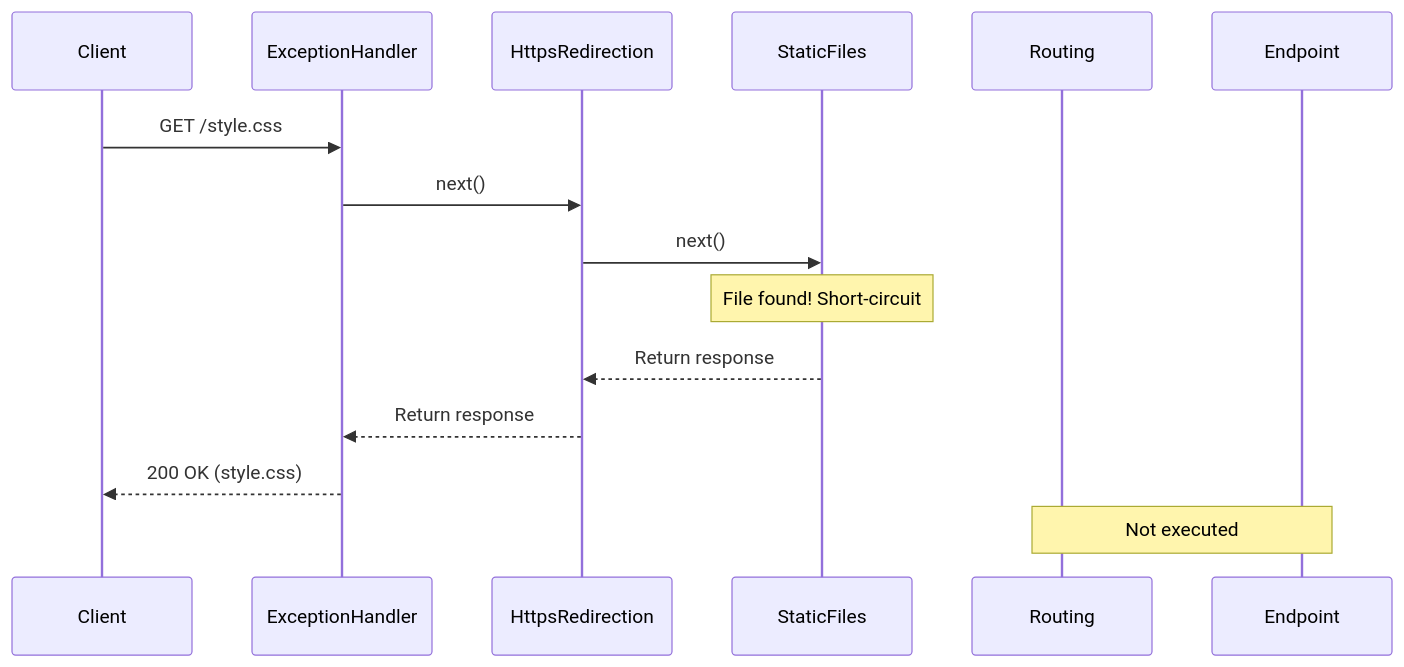
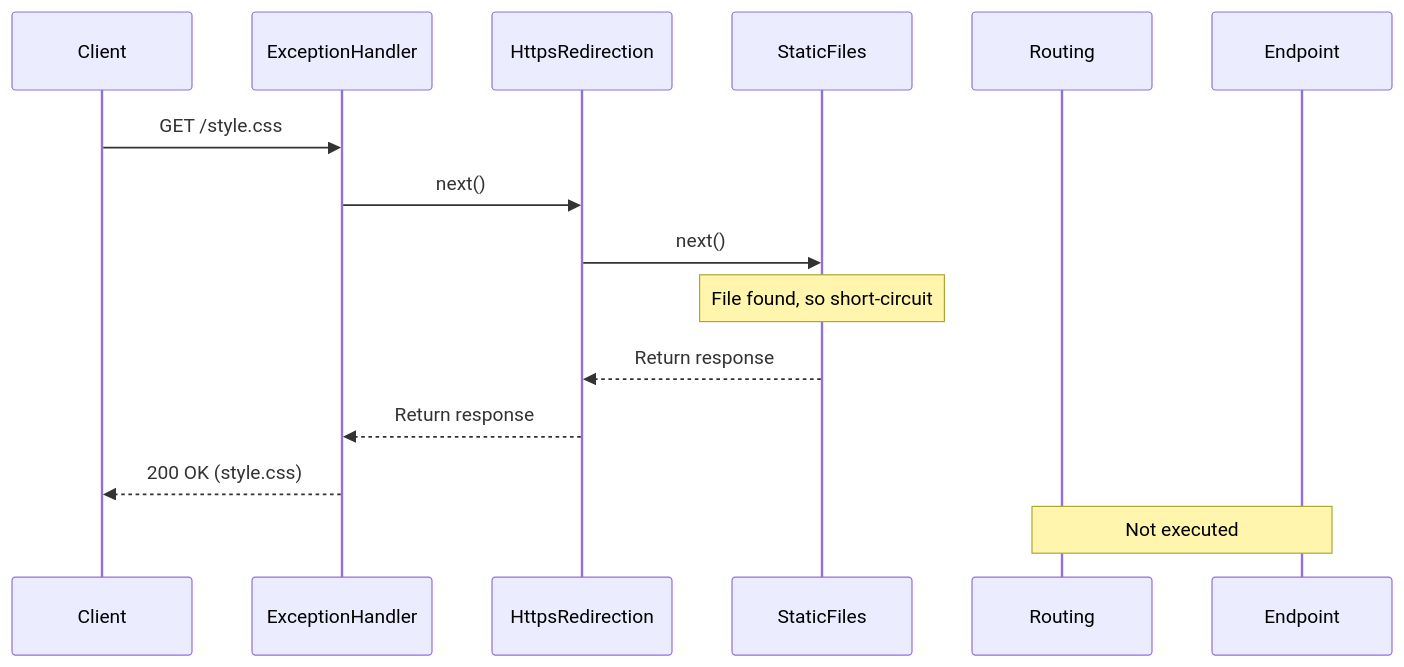
One commit to yoichiozaki/yoichiozaki.github.io changed the sixth of 20 diagrams in content/blog/en/aspnet-core-architecture.mdx. Above: the diagram before and after it, drawn with Mermaid. The commit also changed other lines of this file and 116 other files, not shown here.

````diff
--- a/content/blog/en/aspnet-core-architecture.mdx
+++ b/content/blog/en/aspnet-core-architecture.mdx
@@ -260,18 +262,18 @@
 ```mermaid
 sequenceDiagram
     participant Client
     participant Ex as ExceptionHandler
     participant Https as HttpsRedirection
     participant Static as StaticFiles
     participant Routing as Routing
     participant Endpoint as Endpoint
 
     Client->>Ex: GET /style.css
     Ex->>Https: next()
     Https->>Static: next()
-    Note over Static: File found! Short-circuit
+    Note over Static: File found, so short-circuit
     Static-->>Https: Return response
     Https-->>Ex: Return response
     Ex-->>Client: 200 OK (style.css)
     Note over Routing,Endpoint: Not executed
 ```
````
